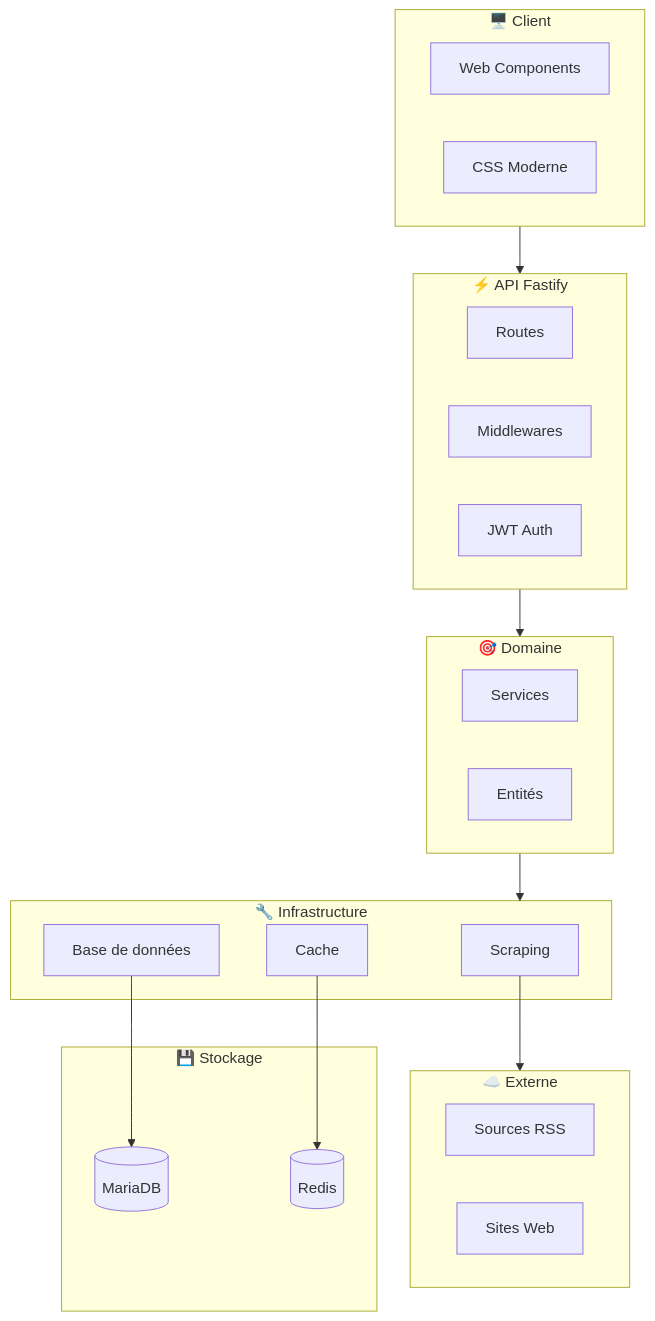
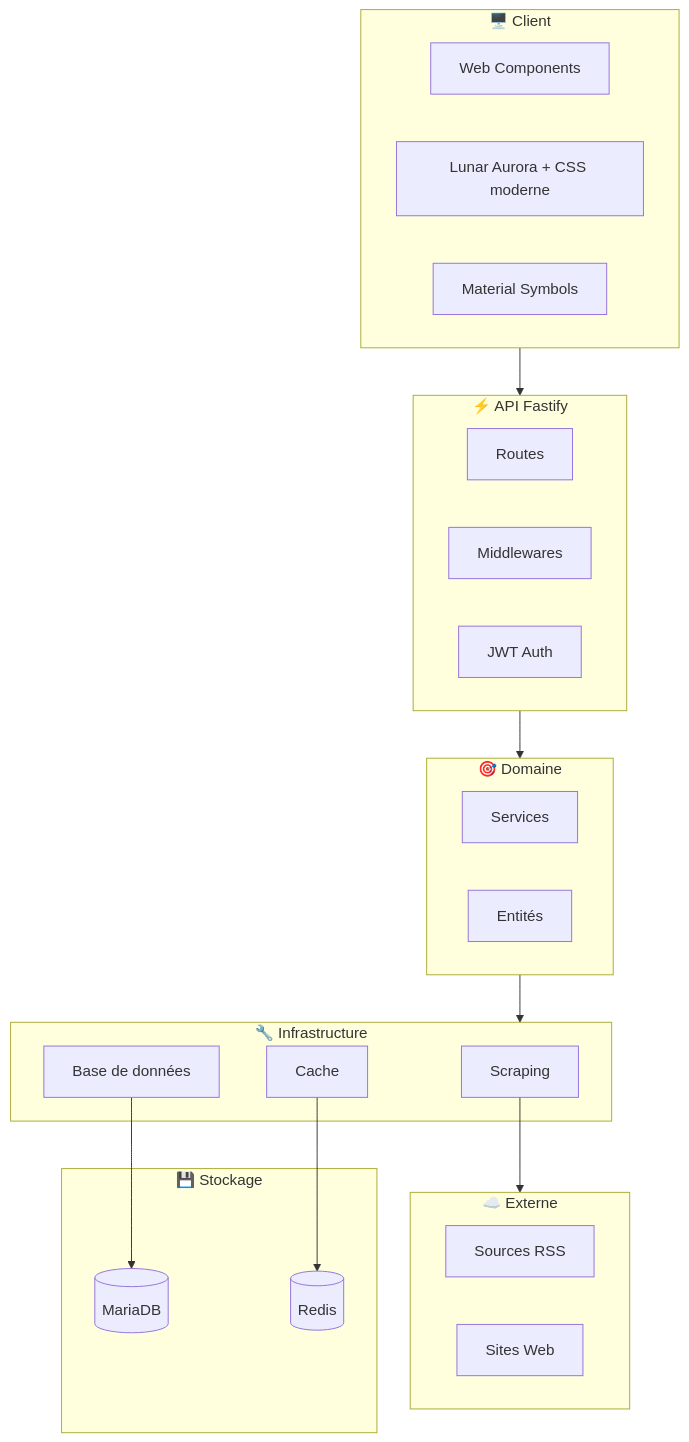
Before and after one commit to yrbane/veilleur: the first of 4 diagrams in README.md, drawn with Mermaid. The commit also changed other lines of this file and 25 other files, not shown here.

First line of the commit message:
0.7.0 — Interface Lunar Aurora et icônes Material Symbols

````diff
--- a/README.md
+++ b/README.md
@@ -98,42 +99,43 @@
 ```mermaid
 graph TB
     subgraph Client["🖥️ Client"]
         WC[Web Components]
-        CSS[CSS Moderne]
+        CSS[Lunar Aurora + CSS moderne]
+        Icones[Material Symbols]
     end
 
     subgraph API["⚡ API Fastify"]
         Routes[Routes]
         MW[Middlewares]
         Auth[JWT Auth]
     end
 
     subgraph Domaine["🎯 Domaine"]
         Services[Services]
         Entites[Entités]
     end
 
     subgraph Infra["🔧 Infrastructure"]
         Scraping[Scraping]
         Cache[Cache]
         BDD[Base de données]
     end
 
     subgraph External["☁️ Externe"]
         RSS[Sources RSS]
         Sites[Sites Web]
     end
 
     Client --> API
     API --> Domaine
     Domaine --> Infra
     Scraping --> External
 
     subgraph Storage["💾 Stockage"]
         MariaDB[(MariaDB)]
         Redis[(Redis)]
     end
 
     BDD --> MariaDB
     Cache --> Redis
 ```
````
